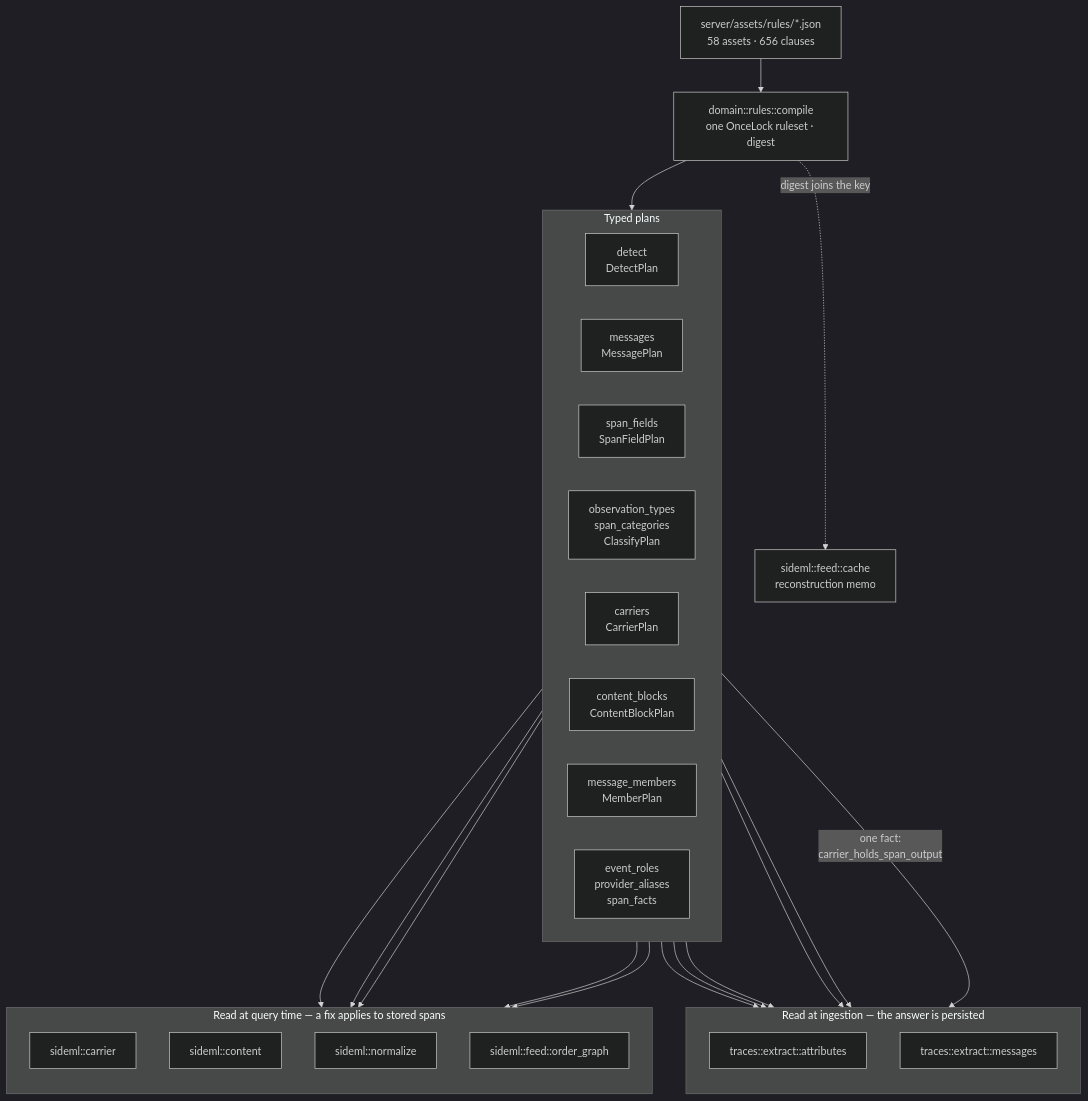
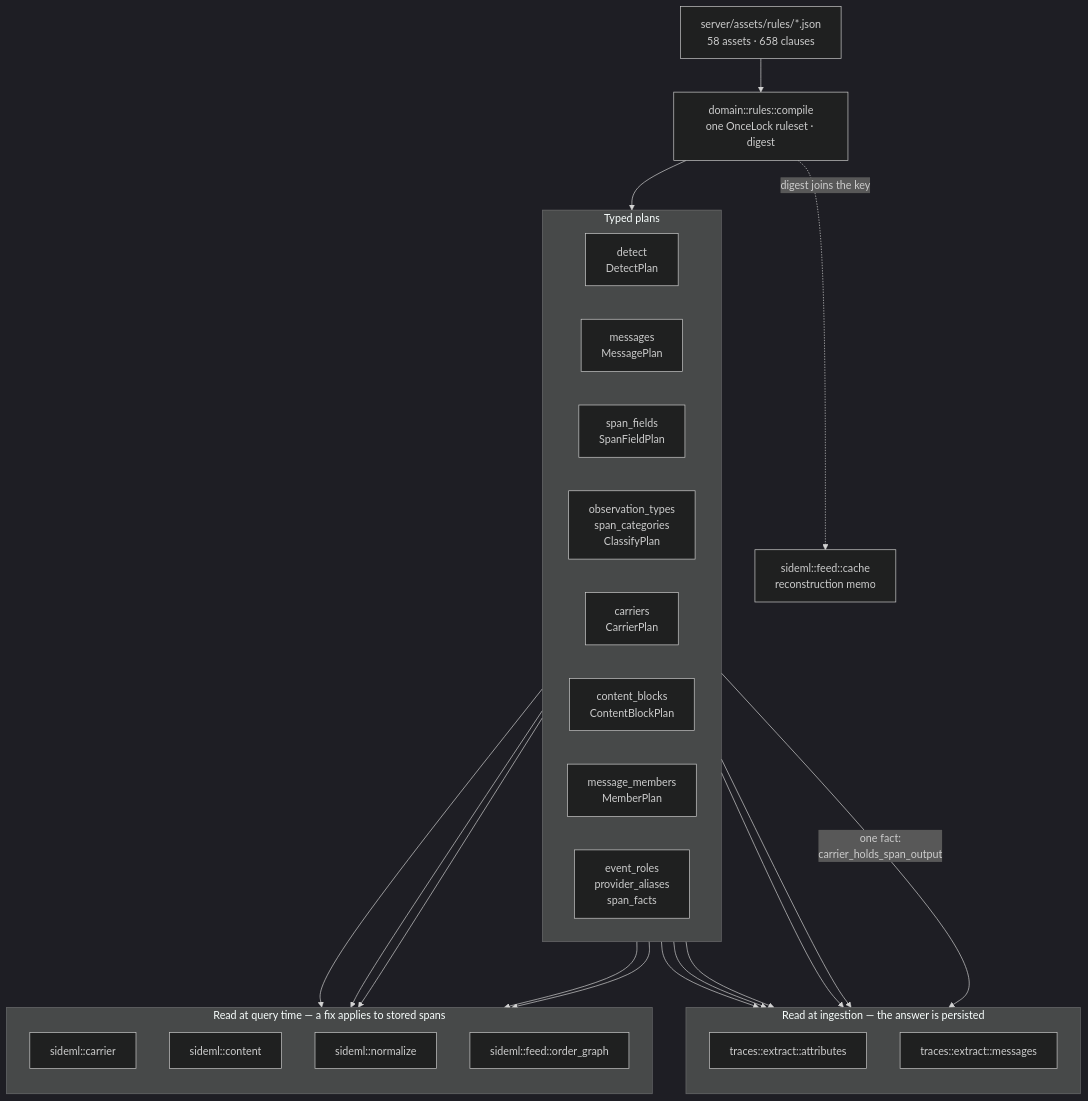
Before and after one commit to sideseat/sideseat: the first of 7 diagrams in docs/engineering/architecture-diagrams.md, drawn with Mermaid (dark theme). The commit also changed 85 other files, not shown here.

````diff
--- a/docs/engineering/architecture-diagrams.md
+++ b/docs/engineering/architecture-diagrams.md
@@ -18,47 +18,47 @@
 ```mermaid
 flowchart TB
-    assets["server/assets/rules/*.json<br/>58 assets · 656 clauses"]
+    assets["server/assets/rules/*.json<br/>58 assets · 658 clauses"]
     compile["domain::rules::compile<br/>one OnceLock ruleset · digest"]
     assets --> compile
 
     subgraph plans["Typed plans"]
         direction LR
         detect["detect<br/>DetectPlan"]
         messages["messages<br/>MessagePlan"]
         fields["span_fields<br/>SpanFieldPlan"]
         classify["observation_types<br/>span_categories<br/>ClassifyPlan"]
         carriers["carriers<br/>CarrierPlan"]
         blocks["content_blocks<br/>ContentBlockPlan"]
         members["message_members<br/>MemberPlan"]
         roles["event_roles<br/>provider_aliases<br/>span_facts"]
     end
     compile --> plans
 
     subgraph ingest["Read at ingestion — the answer is persisted"]
         direction TB
         attrs["traces::extract::attributes"]
         msgs["traces::extract::messages"]
     end
 
     subgraph query["Read at query time — a fix applies to stored spans"]
         direction TB
         carrier["sideml::carrier"]
         content["sideml::content"]
         normalize["sideml::normalize"]
         order["sideml::feed::order_graph"]
     end
 
     detect --> attrs
     fields --> attrs
     classify --> attrs
     roles --> attrs
     messages --> msgs
     carriers -->|"one fact:<br/>carrier_holds_span_output"| msgs
     carriers --> carrier
     carriers --> order
     blocks --> content
     members --> content
     roles --> normalize
 
     compile -. "digest joins the key" .-> cache["sideml::feed::cache<br/>reconstruction memo"]
 ```
````
